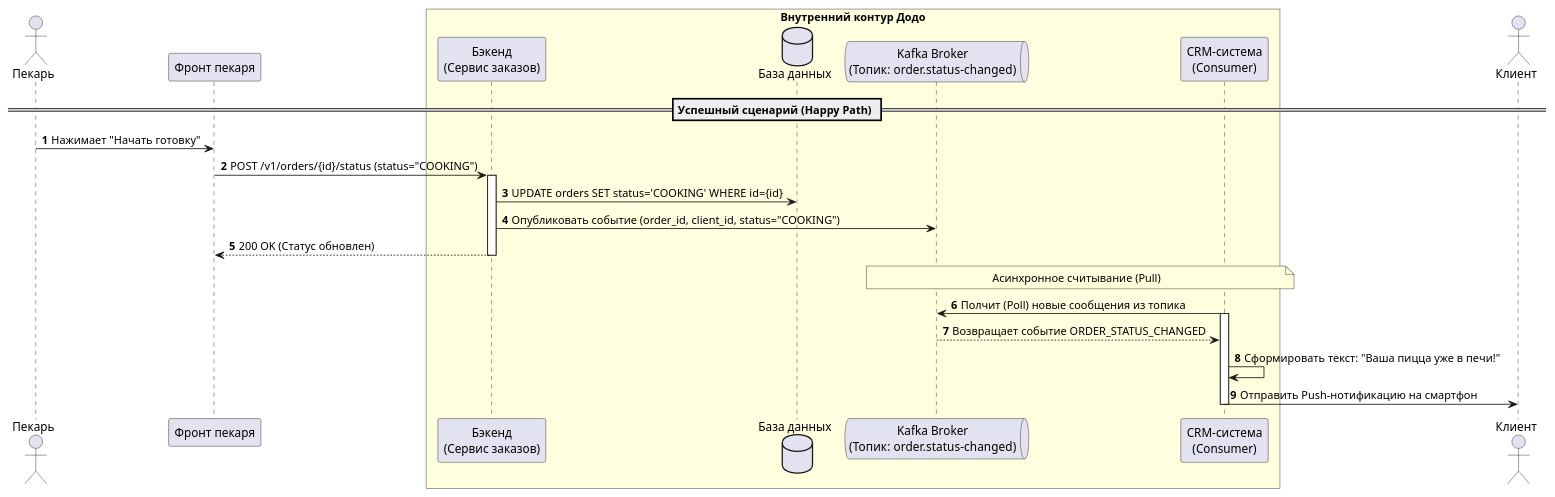
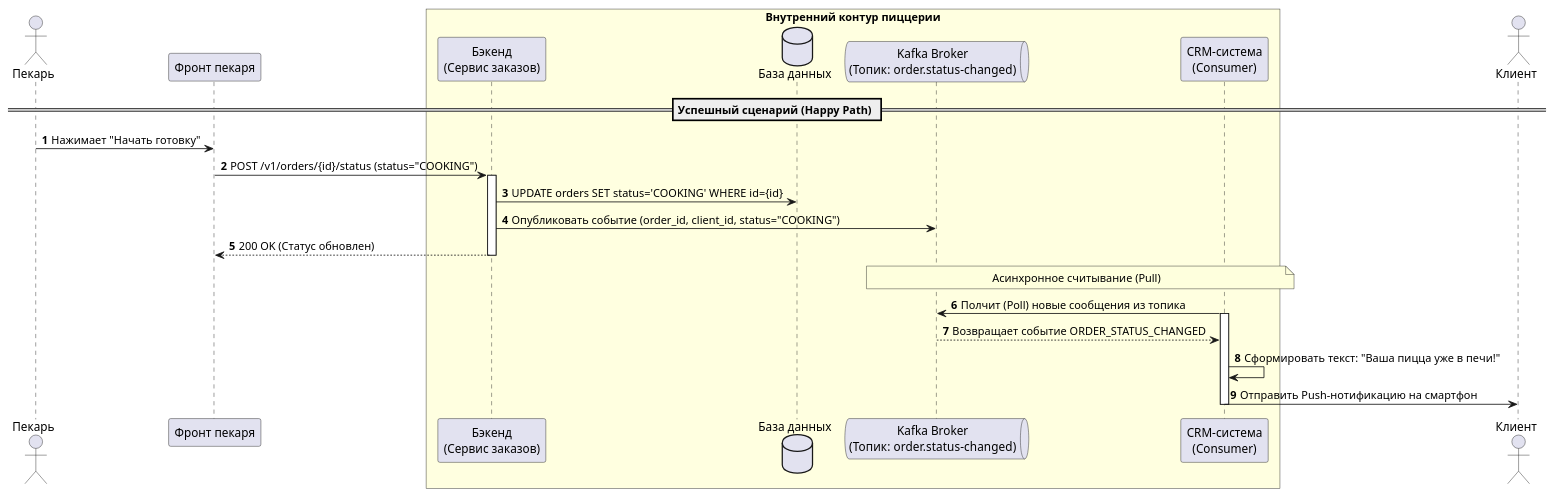
One commit to AnnaKozlovaa/system-analyst-portfolio changed the diagram in project-2-kafka/kafka-sequence.puml. Above: the diagram before and after it, drawn with PlantUML.

```diff
--- a/project-2-kafka/kafka-sequence.puml
+++ b/project-2-kafka/kafka-sequence.puml
@@ -1,35 +1,35 @@
 @startuml
 autonumber
 skinparam ParticipantPadding 10
 skinparam BoxPadding 10
 
 actor "Пекарь" as Baker
 participant "Фронт пекаря" as Front
-box "Внутренний контур Додо" #LightYellow
+box "Внутренний контур пиццерии" #LightYellow
 participant "Бэкенд\n(Сервис заказов)" as Backend
 database "База данных" as DB
 queue "Kafka Broker\n(Топик: order.status-changed)" as Kafka
 participant "CRM-система\n(Consumer)" as CRM
 end box
 actor "Клиент" as Client
 
 == Успешный сценарий (Happy Path) ==
 Baker -> Front: Нажимает "Начать готовку"
 Front -> Backend: POST /v1/orders/{id}/status (status="COOKING")
 activate Backend
 
 Backend -> DB: UPDATE orders SET status='COOKING' WHERE id={id}
 Backend -> Kafka: Опубликовать событие (order_id, client_id, status="COOKING")
 Backend --> Front: 200 OK (Статус обновлен)
 deactivate Backend
 
 Note over Kafka, CRM: Асинхронное считывание (Pull)
 CRM -> Kafka: Полчит (Poll) новые сообщения из топика
 activate CRM
 Kafka --> CRM: Возвращает событие ORDER_STATUS_CHANGED
 
 CRM -> CRM: Сформировать текст: "Ваша пицца уже в печи!"
 CRM -> Client: Отправить Push-нотификацию на смартфон
 deactivate CRM
 
 @enduml
```
